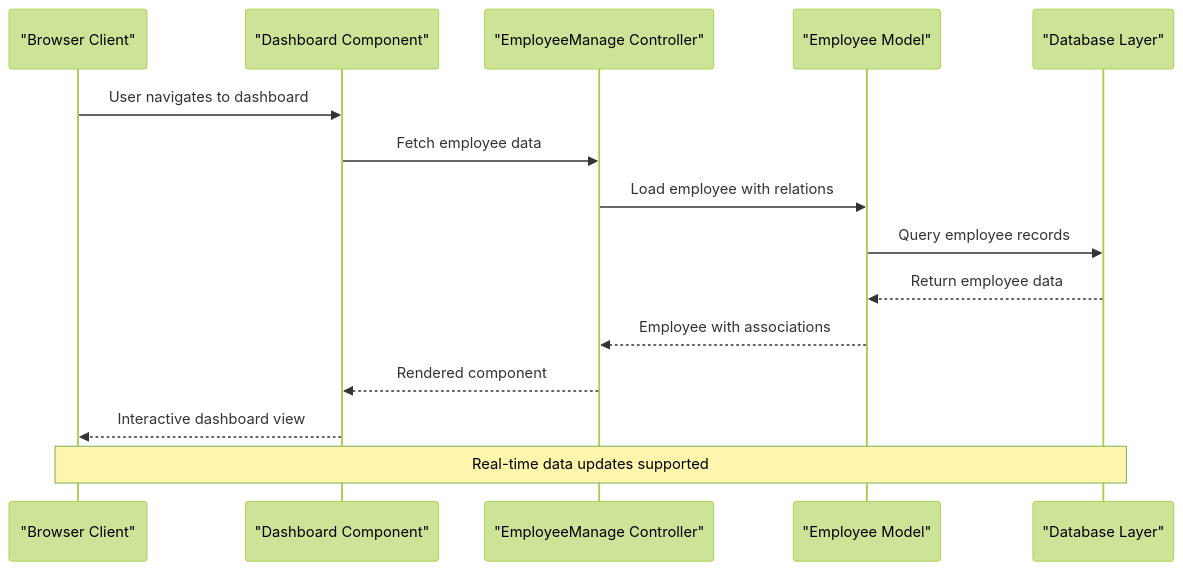
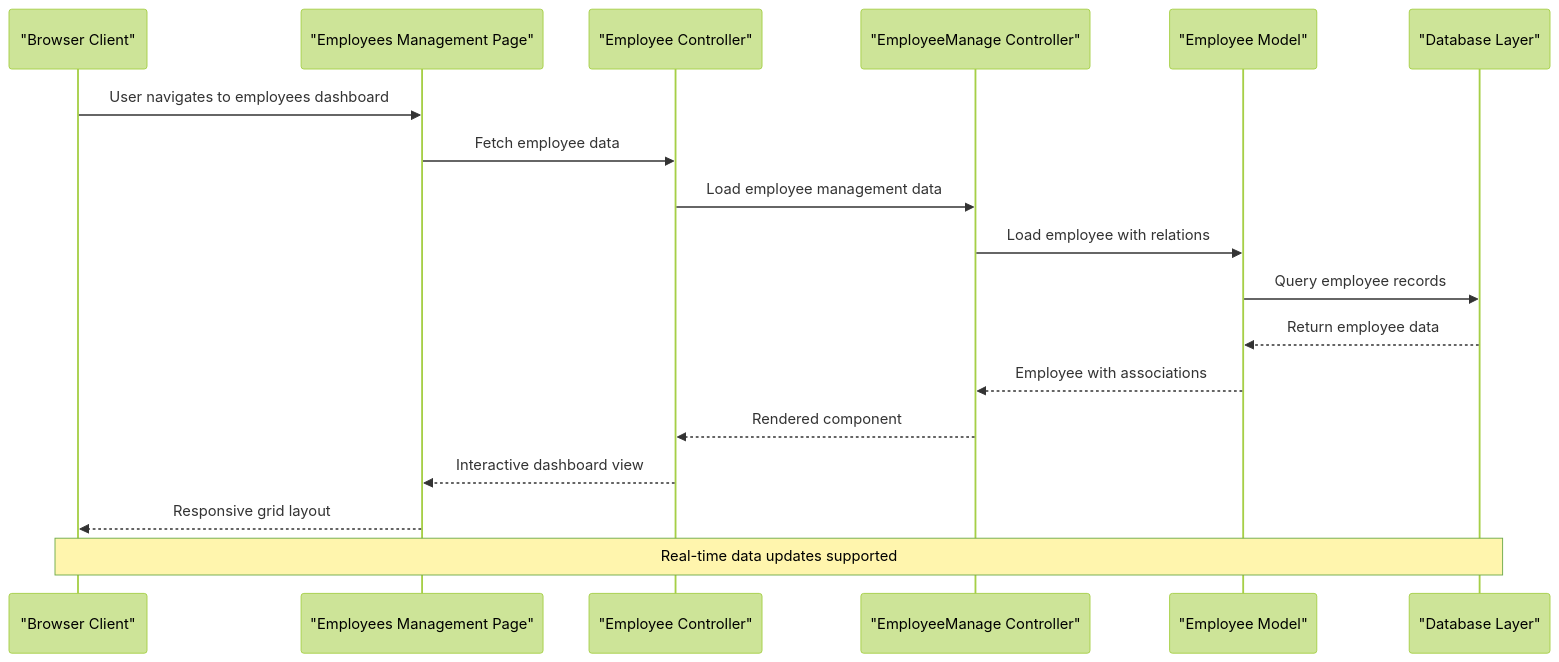
One commit to vincet0t15/template changed the second of 6 diagrams in .qoder/repowiki/en/content/Employee Management/Employee Overview Dashboard.md. Above: the diagram before and after it, drawn with Mermaid (forest theme). The commit also changed other lines of this file and 9 other files, not shown here.

````diff
--- a/.qoder/repowiki/en/content/Employee Management/Employee Overview Dashboard.md
+++ b/.qoder/repowiki/en/content/Employee Management/Employee Overview Dashboard.md
@@ -95,17 +112,20 @@
 ```mermaid
 sequenceDiagram
 participant Client as "Browser Client"
-participant Dashboard as "Dashboard Component"
-participant Controller as "EmployeeManage Controller"
+participant EmployeesPage as "Employees Management Page"
+participant Controller as "Employee Controller"
+participant ManageController as "EmployeeManage Controller"
 participant Model as "Employee Model"
 participant Database as "Database Layer"
-Client->>Dashboard : User navigates to dashboard
-Dashboard->>Controller : Fetch employee data
-Controller->>Model : Load employee with relations
+Client->>EmployeesPage : User navigates to employees dashboard
+EmployeesPage->>Controller : Fetch employee data
+Controller->>ManageController : Load employee management data
+ManageController->>Model : Load employee with relations
 Model->>Database : Query employee records
 Database-->>Model : Return employee data
-Model-->>Controller : Employee with associations
-Controller-->>Dashboard : Rendered component
-Dashboard-->>Client : Interactive dashboard view
+Model-->>ManageController : Employee with associations
+ManageController-->>Controller : Rendered component
+Controller-->>EmployeesPage : Interactive dashboard view
+EmployeesPage-->>Client : Responsive grid layout
 Note over Client,Database : Real-time data updates supported
 ```
````
